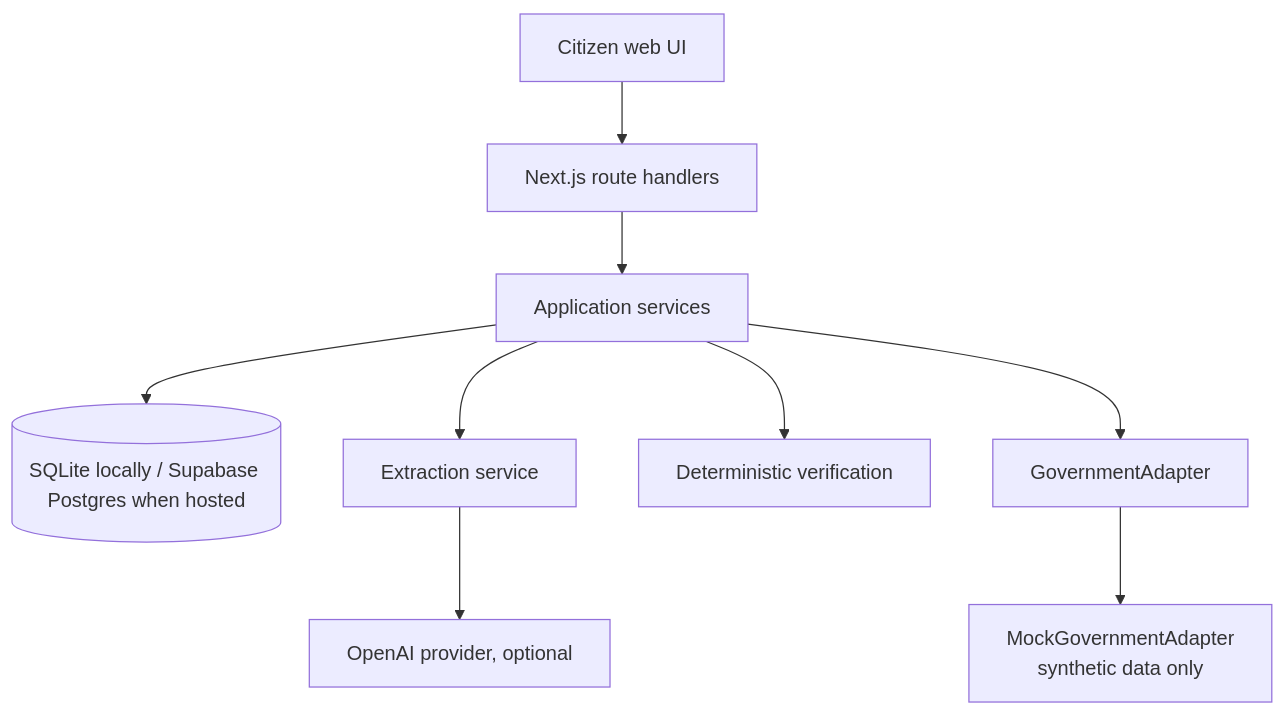
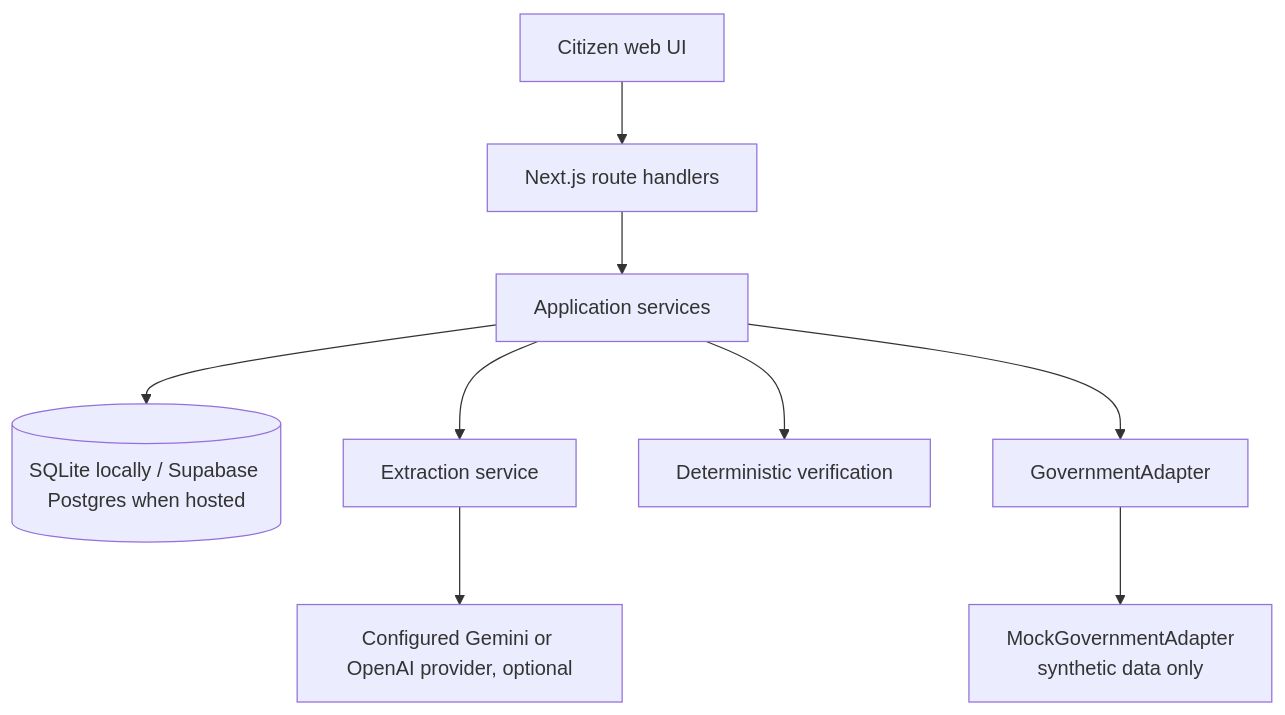
One commit to Haus-Nous/bhoomi-check changed the first of 2 diagrams in docs/PRODUCTION_ARCHITECTURE.md. Above: the diagram before and after it, drawn with Mermaid. The commit also changed other lines of this file and 14 other files, not shown here.

Commit message:
Phase 15B: add Gemini and multi-provider extraction

````diff
--- a/docs/PRODUCTION_ARCHITECTURE.md
+++ b/docs/PRODUCTION_ARCHITECTURE.md
@@ -5,11 +5,11 @@
 ```mermaid
 flowchart TD
   UI[Citizen web UI] --> API[Next.js route handlers]
   API --> APP[Application services]
   APP --> DB[(SQLite locally / Supabase Postgres when hosted)]
   APP --> EXT[Extraction service]
-  EXT --> OAI[OpenAI provider, optional]
+  EXT --> AI[Configured Gemini or OpenAI provider, optional]
   APP --> VER[Deterministic verification]
   APP --> GOV[GovernmentAdapter]
   GOV --> MOCK[MockGovernmentAdapter\nsynthetic data only]
 ```
````
